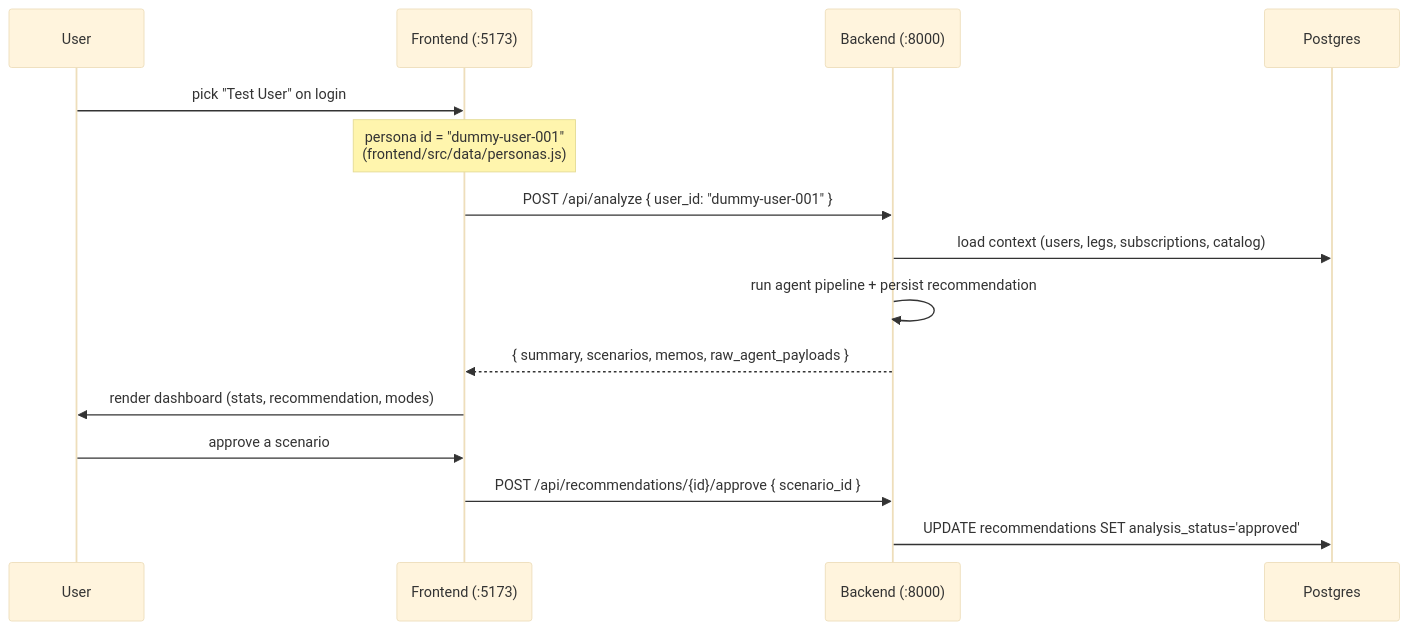
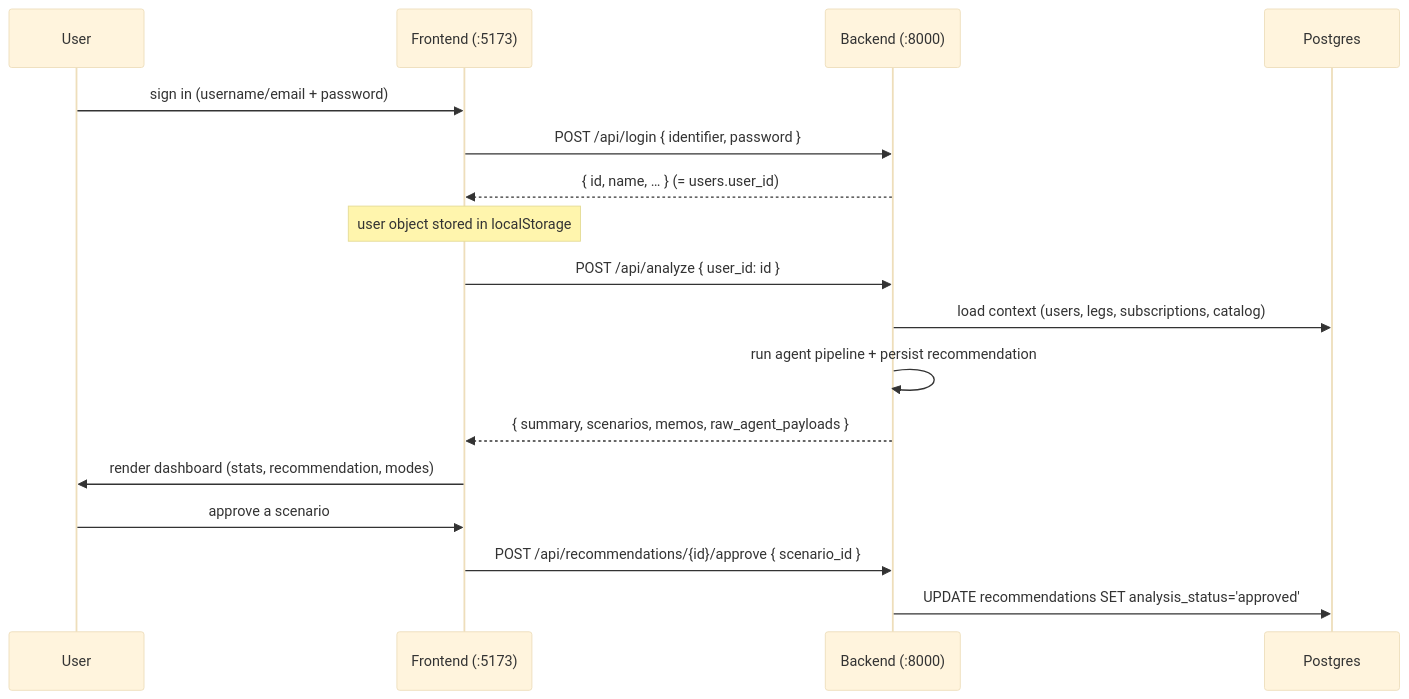
The fifth of 5 diagrams in backend/README.md (tjorgeo/AIIM_DB_mobility_advisior), drawn with Mermaid (base theme) before and after one commit. The commit also changed other lines of this file, not shown here.

````diff
--- a/backend/README.md
+++ b/backend/README.md
@@ -303,18 +417,20 @@
 ```mermaid
 sequenceDiagram
     participant U as User
     participant FE as Frontend (:5173)
     participant BE as Backend (:8000)
     participant DB as Postgres
 
-    U->>FE: pick "Test User" on login
-    Note over FE: persona id = "dummy-user-001"<br/>(frontend/src/data/personas.js)
-    FE->>BE: POST /api/analyze { user_id: "dummy-user-001" }
+    U->>FE: sign in (username/email + password)
+    FE->>BE: POST /api/login { identifier, password }
+    BE-->>FE: { id, name, … }  (= users.user_id)
+    Note over FE: user object stored in localStorage
+    FE->>BE: POST /api/analyze { user_id: id }
     BE->>DB: load context (users, legs, subscriptions, catalog)
     BE->>BE: run agent pipeline + persist recommendation
     BE-->>FE: { summary, scenarios, memos, raw_agent_payloads }
     FE->>U: render dashboard (stats, recommendation, modes)
     U->>FE: approve a scenario
     FE->>BE: POST /api/recommendations/{id}/approve { scenario_id }
     BE->>DB: UPDATE recommendations SET analysis_status='approved'
 ```
````
